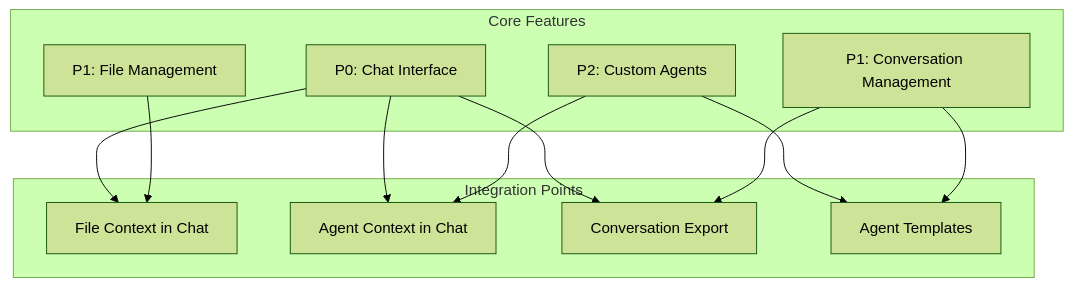
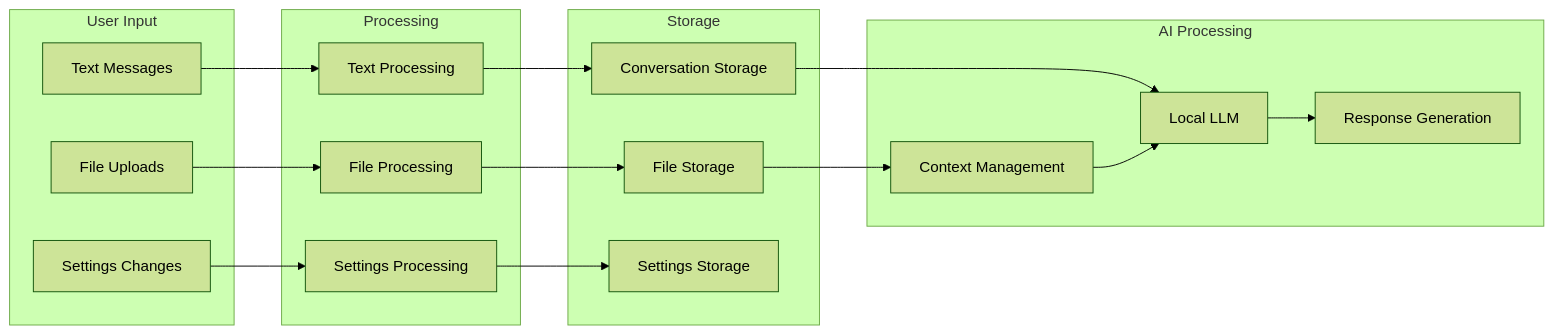
Before and after one commit to brahim-guaali/gen_lite: the sixth of 9 diagrams in Docs/Architecture_Flow_Diagram.md, drawn with Mermaid (forest theme). The commit also changed other lines of this file and 6 other files, not shown here.

````diff
--- a/Docs/Architecture_Flow_Diagram.md
+++ b/Docs/Architecture_Flow_Diagram.md
@@ -237,28 +212,39 @@
 ```mermaid
-graph TB
-    subgraph "Core Features"
-        CHAT[P0: Chat Interface]
-        FILE[P1: File Management]
-        AGENT[P2: Custom Agents]
-        CONV[P1: Conversation Management]
+graph LR
+    subgraph "User Input"
+        TextInput[Text Messages]
+        FileInput[File Uploads]
+        SettingsInput[Settings Changes]
     end
-
-    subgraph "Integration Points"
-        IP1[File Context in Chat]
-        IP2[Agent Context in Chat]
-        IP3[Conversation Export]
-        IP4[Agent Templates]
+    
+    subgraph "Processing"
+        TextProcessing[Text Processing]
+        FileProcessing[File Processing]
+        SettingsProcessing[Settings Processing]
     end
-
-    CHAT --> IP1
-    FILE --> IP1
     
-    CHAT --> IP2
-    AGENT --> IP2
+    subgraph "Storage"
+        ConversationDB[Conversation Storage]
+        FileDB[File Storage]
+        SettingsDB[Settings Storage]
+    end
     
-    CHAT --> IP3
-    CONV --> IP3
+    subgraph "AI Processing"
+        LocalLLM[Local LLM]
+        Context[Context Management]
+        Response[Response Generation]
+    end
     
-    AGENT --> IP4
-    CONV --> IP4
+    TextInput --> TextProcessing
+    FileInput --> FileProcessing
+    SettingsInput --> SettingsProcessing
+    
+    TextProcessing --> ConversationDB
+    FileProcessing --> FileDB
+    SettingsProcessing --> SettingsDB
+    
+    ConversationDB --> LocalLLM
+    FileDB --> Context
+    Context --> LocalLLM
+    LocalLLM --> Response
 ```
````
